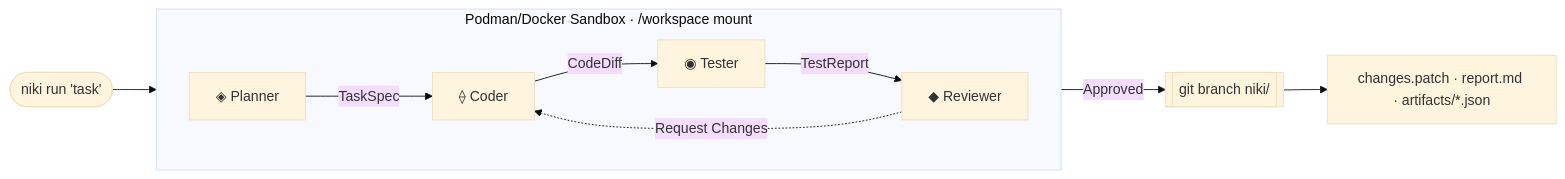
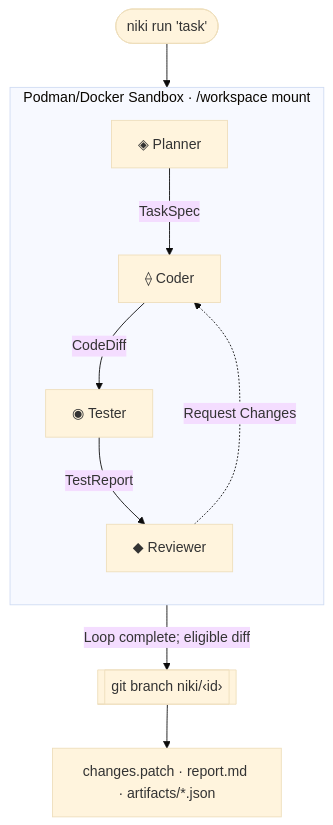
Before and after one commit to RavaniRoshan/niki-web: the diagram in apps/docs/content/index.mdx, drawn with Mermaid (base theme). The commit also changed other lines of this file and 184 other files, not shown here.

````diff
--- a/apps/docs/content/index.mdx
+++ b/apps/docs/content/index.mdx
@@ -54,15 +62,15 @@
 ```mermaid
-flowchart LR
+flowchart TD
     U(["niki run 'task'"]) --> P
 
     subgraph Sandbox["Podman/Docker Sandbox · /workspace mount"]
-        direction LR
+        direction TD
         P["◈ Planner"] -->|TaskSpec| C["⟠ Coder"]
         C -->|CodeDiff| T["◉ Tester"]
         T -->|TestReport| R["◆ Reviewer"]
         R -.->|Request Changes| C
     end
 
-    R -->|Approved| G[["git branch niki/<id>"]]
+    R -->|Loop complete; eligible diff| G[["git branch niki/‹id›"]]
     G --> A["changes.patch · report.md · artifacts/*.json"]
 ```
````
